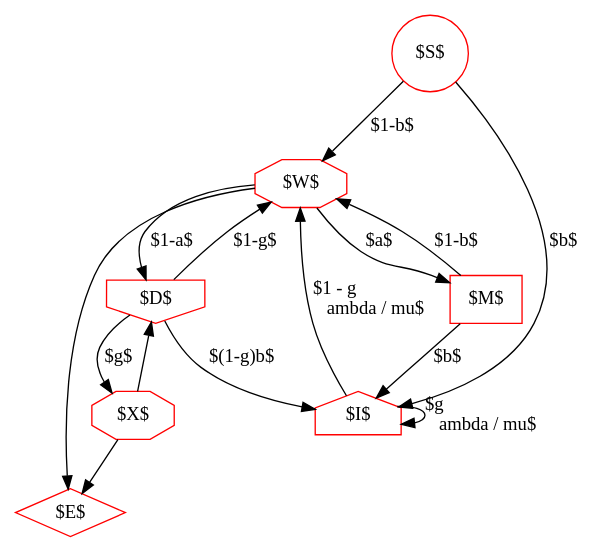
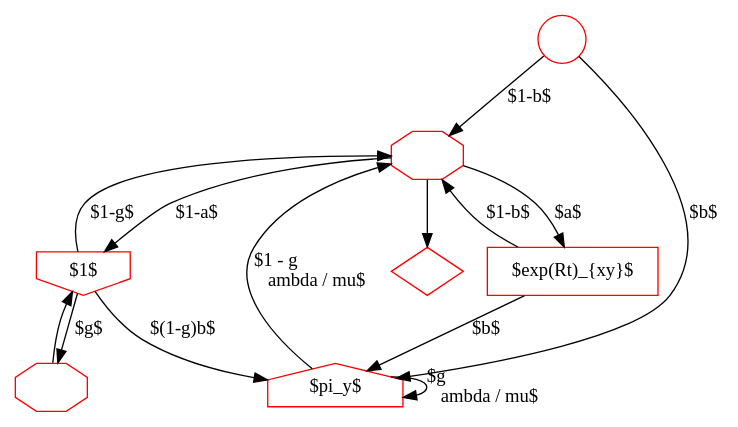
The diagram in protpal.dot (ihh/transducer-tutorial), drawn with Graphviz before and after one commit. The commit also changed 1 other file, not shown here.

```diff
--- a/protpal.dot
+++ b/protpal.dot
@@ -1,34 +1,33 @@
 digraph G {
 
-    S [label="$S$", shape=circle, color=red];
-    E [label="$E$", shape=diamond, color=red];
+    S [label="", shape=circle, color=red];
+    E [label="", shape=diamond, color=red];
 
-    W [label="$W$", shape=octagon, color=red];
-    X [label="$X$", shape=octagon, color=red];
+    W [label="", shape=octagon, color=red];
+    X [label="", shape=octagon, color=red];
 
-    I [label="$I$", shape=house, color=red];
-    M [label="$M$", shape=rect, color=red];
-    D [label="$D$", shape=invhouse, color=red];
+    I [label="$\pi_y$", shape=house, color=red];
+    M [label="$\exp(Rt)_{xy}$", shape=rect, color=red];
+    D [label="$1$", shape=invhouse, color=red];
 
 S->I [label="$b$"];
 S->W [label="$1-b$"];
 
 M->I [label="$b$"];
 M->W [label="$1-b$"];
 
 D->I [label="$(1-g)b$"];
 D->W [label="$1-g$"];
 D->X [label="$g$"];
 
 I->I [label="$g \lambda / \mu$"];
 I->W [label="$1 - g \lambda / \mu$"];
 
 W->E;
 W->M [label="$a$"];
 W->D [label="$1-a$"];
 
 X->D;
-X->E;
 
 
 }
```
